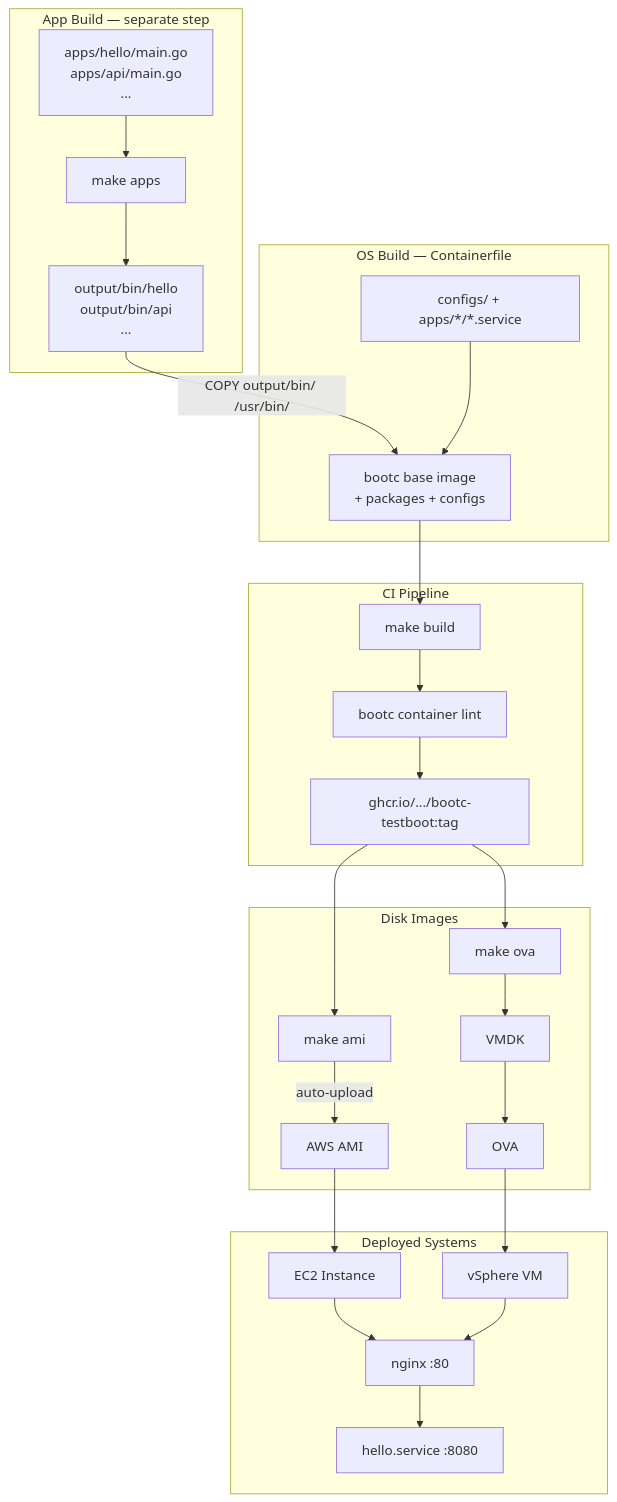
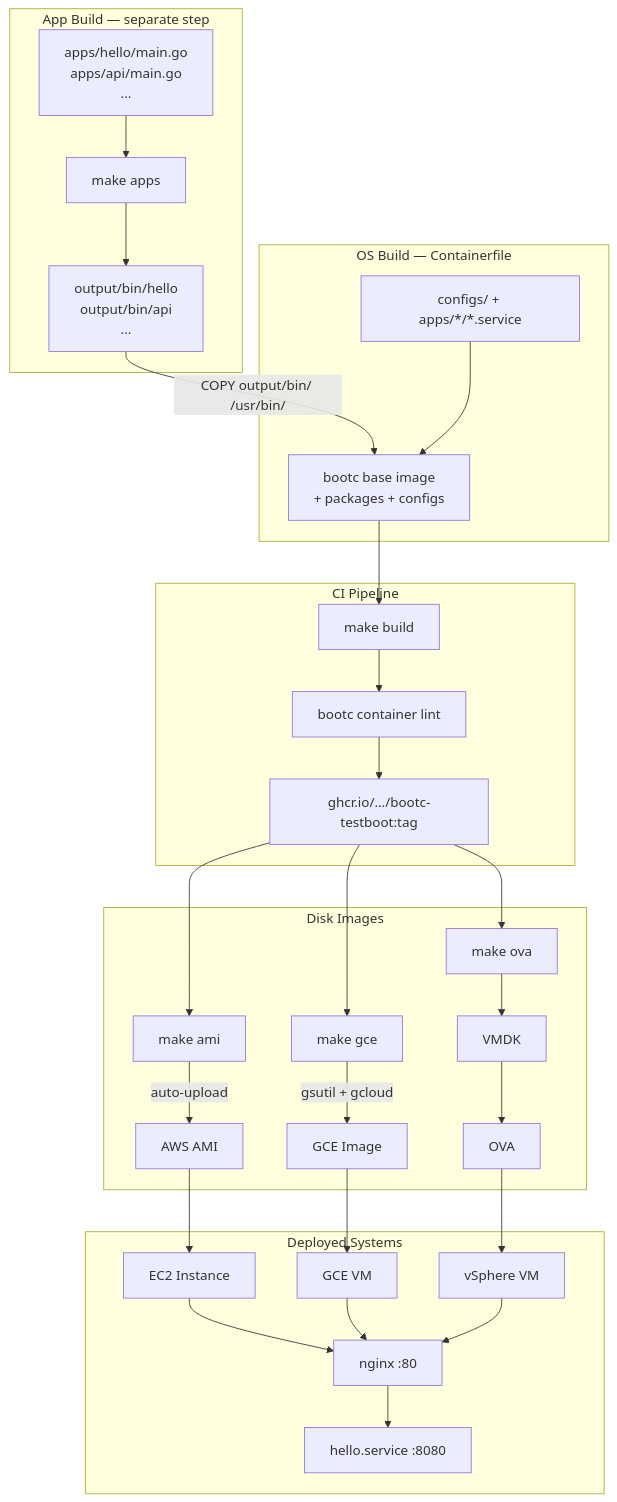
The diagram in README.md (duyhenryer/bootc-testboot), drawn with Mermaid before and after one commit. The commit also changed other lines of this file and 13 other files, not shown here.

````diff
--- a/README.md
+++ b/README.md
@@ -18,33 +19,37 @@
 ```mermaid
 flowchart TB
     subgraph appBuild [App Build — separate step]
         GoSrc["apps/hello/main.go\napps/api/main.go\n..."] --> MakeApps["make apps"]
         MakeApps --> OutputBin["output/bin/hello\noutput/bin/api\n..."]
     end
 
     subgraph osBuild [OS Build — Containerfile]
         OutputBin -->|"COPY output/bin/ /usr/bin/"| BootcImage["bootc base image\n+ packages + configs"]
         Configs["configs/ + apps/*/*.service"] --> BootcImage
     end
 
     subgraph ciPipeline [CI Pipeline]
         BootcImage --> PodmanBuild["make build"]
         PodmanBuild --> Lint["bootc container lint"]
         Lint --> GHCR["ghcr.io/.../bootc-testboot:tag"]
     end
 
     subgraph diskImages [Disk Images]
         GHCR --> BIB_AMI["make ami"]
+        GHCR --> BIB_GCE["make gce"]
         GHCR --> BIB_OVA["make ova"]
         BIB_AMI -->|"auto-upload"| AMI[AWS AMI]
+        BIB_GCE -->|"gsutil + gcloud"| GCE_IMG[GCE Image]
         BIB_OVA --> VMDK[VMDK] --> OVA[OVA]
     end
 
     subgraph runPhase [Deployed Systems]
         AMI --> EC2[EC2 Instance]
+        GCE_IMG --> GCE_VM[GCE VM]
         OVA --> VS[vSphere VM]
         EC2 --> Nginx["nginx :80"]
         Nginx --> Hello["hello.service :8080"]
+        GCE_VM --> Nginx
         VS --> Nginx
     end
 ```
````
